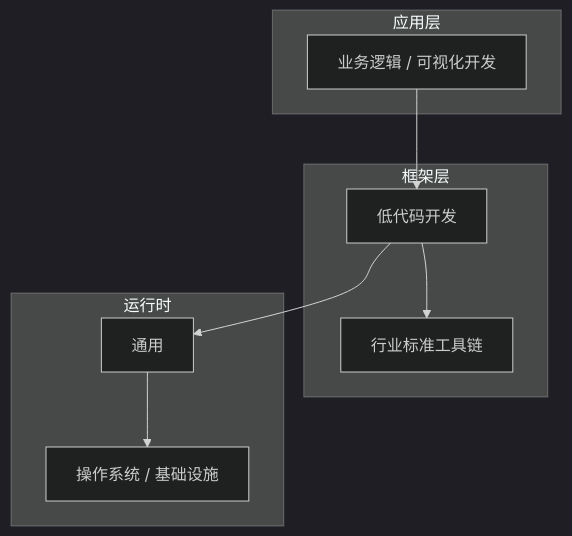
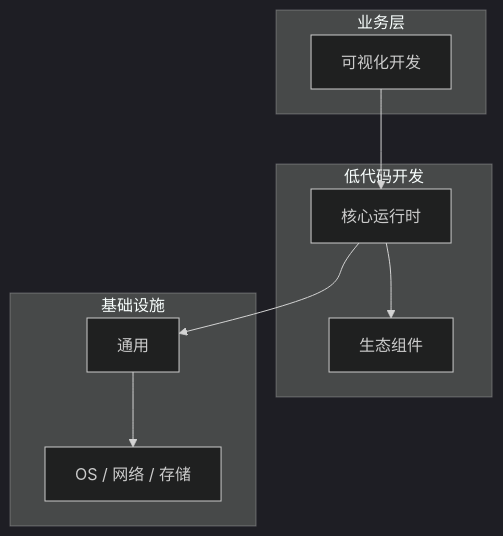
The diagram in articles/低代码开发/chapters/006-可视化开发核心概念与原理.md (yanggan2015/knowledge-json-v2), drawn with Mermaid (dark theme) before and after one commit. The commit also changed other lines of this file and 10127 other files, not shown here.

````diff
--- a/articles/低代码开发/chapters/006-可视化开发核心概念与原理.md
+++ b/articles/低代码开发/chapters/006-可视化开发核心概念与原理.md
@@ -45,18 +30,18 @@
 ```mermaid
 graph TB
-    subgraph 应用层
-        A[业务逻辑 / 可视化开发]
+    subgraph 业务层
+        A[可视化开发]
     end
-    subgraph 框架层
-        B[低代码开发]
-        C[行业标准工具链]
+    subgraph 低代码开发
+        B[核心运行时]
+        C[生态组件]
     end
-    subgraph 运行时
+    subgraph 基础设施
         D[通用]
-        E[操作系统 / 基础设施]
+        E[OS / 网络 / 存储]
     end
     A --> B
     B --> C
     B --> D
     D --> E
 ```
````
